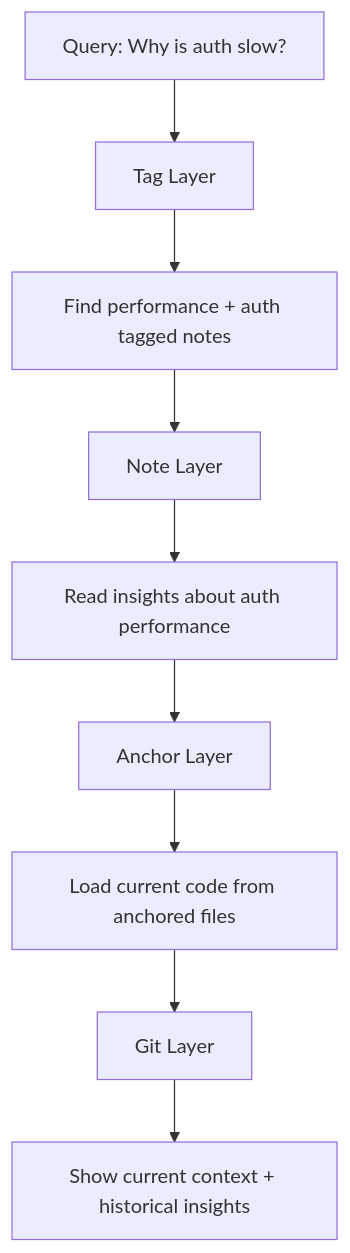
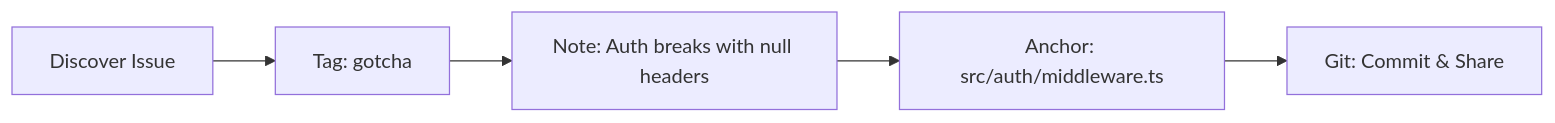
The first of 2 diagrams in README.md (a24z-ai/a24z-memory), drawn with Mermaid before and after one commit. The commit also changed other lines of this file, not shown here.

Commit message:
docs: simplify mermaid diagrams - remove query flow and split knowledge lifecycle

````diff
--- a/README.md
+++ b/README.md
@@ -14,11 +18,7 @@
 ```mermaid
-graph TD
-    A[Query: Why is auth slow?] --> B[Tag Layer]
-    B --> C[Find performance + auth tagged notes]
-    C --> D[Note Layer]
-    D --> E[Read insights about auth performance]
-    E --> F[Anchor Layer]
-    F --> G[Load current code from anchored files]
-    G --> H[Git Layer]
-    H --> I[Show current context + historical insights]
+flowchart LR
+    K1[Discover Issue] --> K2[Tag: gotcha]
+    K2 --> K3[Note: Auth breaks with null headers]
+    K3 --> K4[Anchor: src/auth/middleware.ts]
+    K4 --> K5[Git: Commit & Share]
 ```
````
